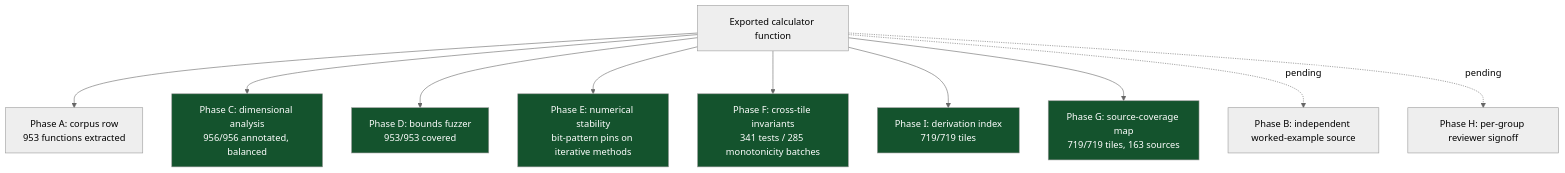
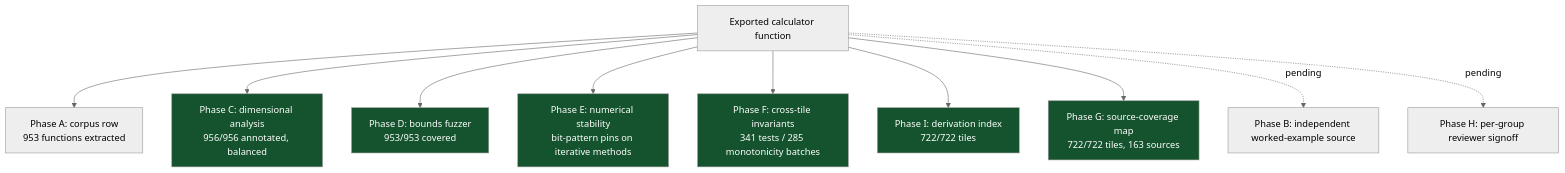
One commit to clay-good/roughlogic.com changed the sixth of 8 diagrams in README.md. Above: the diagram before and after it, drawn with Mermaid (neutral theme). The commit also changed other lines of this file and 18 other files, not shown here.

````diff
--- a/README.md
+++ b/README.md
@@ -519,18 +519,18 @@
 ```mermaid
 flowchart TB
     F[Exported calculator function] --> A[Phase A: corpus row\n953 functions extracted]
     F --> C[Phase C: dimensional analysis\n956/956 annotated, balanced]
     F --> D[Phase D: bounds fuzzer\n953/953 covered]
     F --> E[Phase E: numerical stability\nbit-pattern pins on iterative methods]
     F --> Fa[Phase F: cross-tile invariants\n341 tests / 285 monotonicity batches]
-    F --> I[Phase I: derivation index\n719/719 tiles]
-    F --> G[Phase G: source-coverage map\n719/719 tiles, 163 sources]
+    F --> I[Phase I: derivation index\n722/722 tiles]
+    F --> G[Phase G: source-coverage map\n722/722 tiles, 163 sources]
     F -.pending.-> B[Phase B: independent worked-example source]
     F -.pending.-> H[Phase H: per-group reviewer signoff]
     style C fill:#14532d,color:#fff
     style D fill:#14532d,color:#fff
     style E fill:#14532d,color:#fff
     style Fa fill:#14532d,color:#fff
     style G fill:#14532d,color:#fff
     style I fill:#14532d,color:#fff
 ```
````
